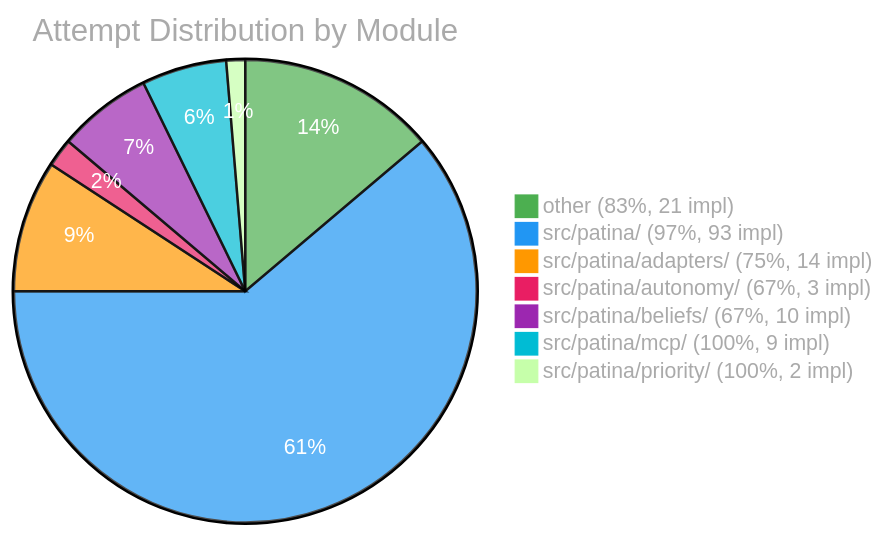
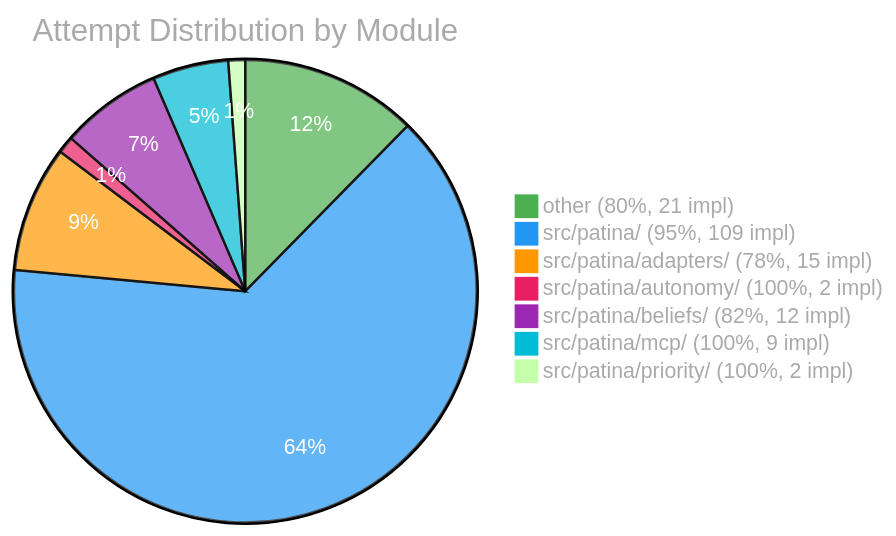
One commit to Sanctum-Origo-Systems/patina changed the third of 3 diagrams in EVAL.md. Above: the diagram before and after it, drawn with Mermaid. The commit also changed other lines of this file and 1 other file, not shown here.

````diff
--- a/EVAL.md
+++ b/EVAL.md
@@ -37,11 +37,11 @@
 ```mermaid
 %%{init: {'theme': 'base', 'themeVariables': {'pie1': '#4CAF50', 'pie2': '#2196F3', 'pie3': '#FF9800', 'pie4': '#E91E63', 'pie5': '#9C27B0', 'pie6': '#00BCD4', 'pieTitleTextColor': '#aaa', 'pieLegendTextColor': '#aaa', 'pieSectionTextColor': '#fff'}}}%%
 pie title Attempt Distribution by Module
-    "other (83%, 21 impl)" : 21
-    "src/patina/ (97%, 93 impl)" : 93
-    "src/patina/adapters/ (75%, 14 impl)" : 14
-    "src/patina/autonomy/ (67%, 3 impl)" : 3
-    "src/patina/beliefs/ (67%, 10 impl)" : 10
+    "other (80%, 21 impl)" : 21
+    "src/patina/ (95%, 109 impl)" : 109
+    "src/patina/adapters/ (78%, 15 impl)" : 15
+    "src/patina/autonomy/ (100%, 2 impl)" : 2
+    "src/patina/beliefs/ (82%, 12 impl)" : 12
     "src/patina/mcp/ (100%, 9 impl)" : 9
     "src/patina/priority/ (100%, 2 impl)" : 2
 ```
````
